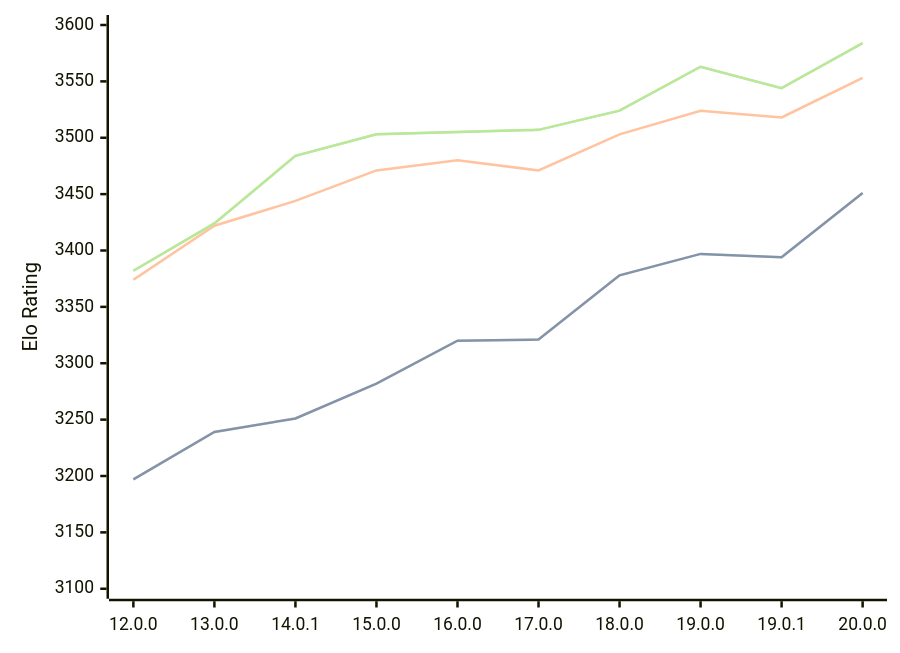
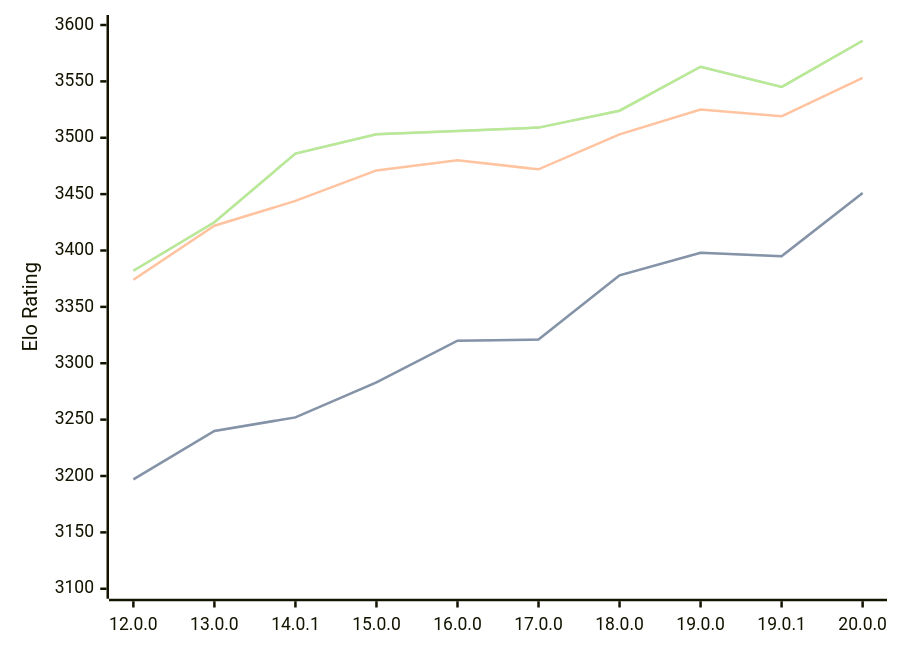
One commit to computer-chess-index/cci changed the first of 3 diagrams in engines/Viridithas.md. Above: the diagram before and after it, drawn with Mermaid. The commit also changed other lines of this file, not shown here.

Commit message:
Update CCI Ratings (ELO VLTC) - 2026-07-14

````diff
--- a/engines/Viridithas.md
+++ b/engines/Viridithas.md
@@ -64,11 +64,11 @@
 ```mermaid
 %%{init: {"theme":"base","themeVariables":{"seriesColors:['#a3a3a3','#222221','#faa371']}}}%%
 xychart-beta
   x-axis ["12.0.0", "13.0.0", "14.0.1", "15.0.0", "16.0.0", "17.0.0", "18.0.0", "19.0.0", "19.0.1", "20.0.0"]
   y-axis "Elo Rating" 3100 --> 3600
-  line "STC (8.0+0.08s)" [3197, 3239, 3251, 3282, 3320, 3321, 3378, 3397, 3394, 3451]
-  line "STC (8.0+0.08s)" [3197, 3239, 3251, 3282, 3320, 3321, 3378, 3397, 3394, 3451]
-  line "LTC (60.0+0.60s)" [3374, 3422, 3444, 3471, 3480, 3471, 3503, 3524, 3518, 3553]
-  line "VLTC (2m24s+1.12s)" [3382, 3424, 3484, 3503, 3505, 3507, 3524, 3563, 3544, 3584]
-  line "VLTC (2m24s+1.12s)" [3382, 3424, 3484, 3503, 3505, 3507, 3524, 3563, 3544, 3584]
+  line "STC (8.0+0.08s)" [3197, 3240, 3252, 3283, 3320, 3321, 3378, 3398, 3395, 3451]
+  line "STC (8.0+0.08s)" [3197, 3240, 3252, 3283, 3320, 3321, 3378, 3398, 3395, 3451]
+  line "LTC (60.0+0.60s)" [3374, 3422, 3444, 3471, 3480, 3472, 3503, 3525, 3519, 3553]
+  line "VLTC (2m24s+1.12s)" [3382, 3425, 3486, 3503, 3506, 3509, 3524, 3563, 3545, 3586]
+  line "VLTC (2m24s+1.12s)" [3382, 3425, 3486, 3503, 3506, 3509, 3524, 3563, 3545, 3586]
 ```
````
